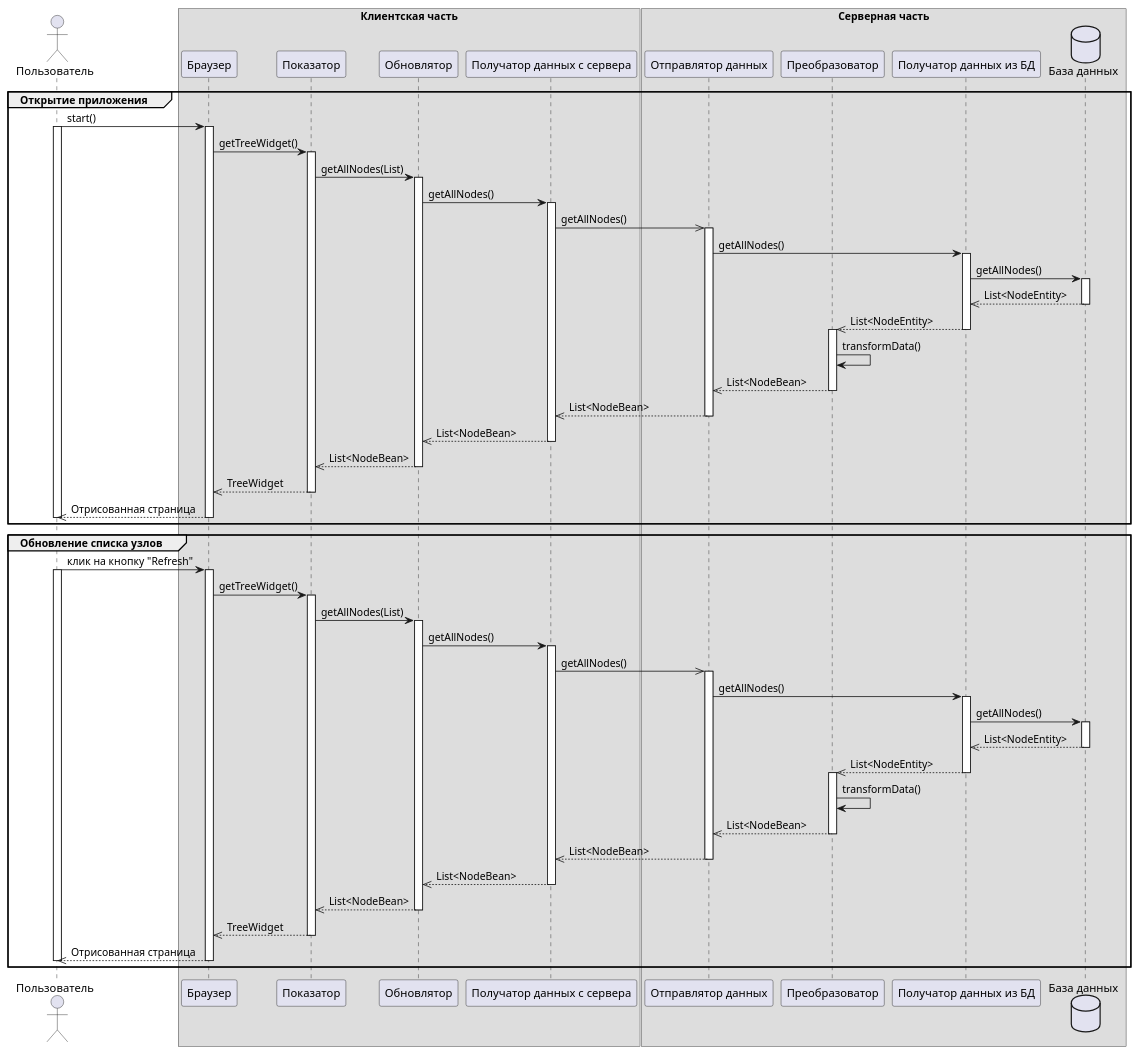
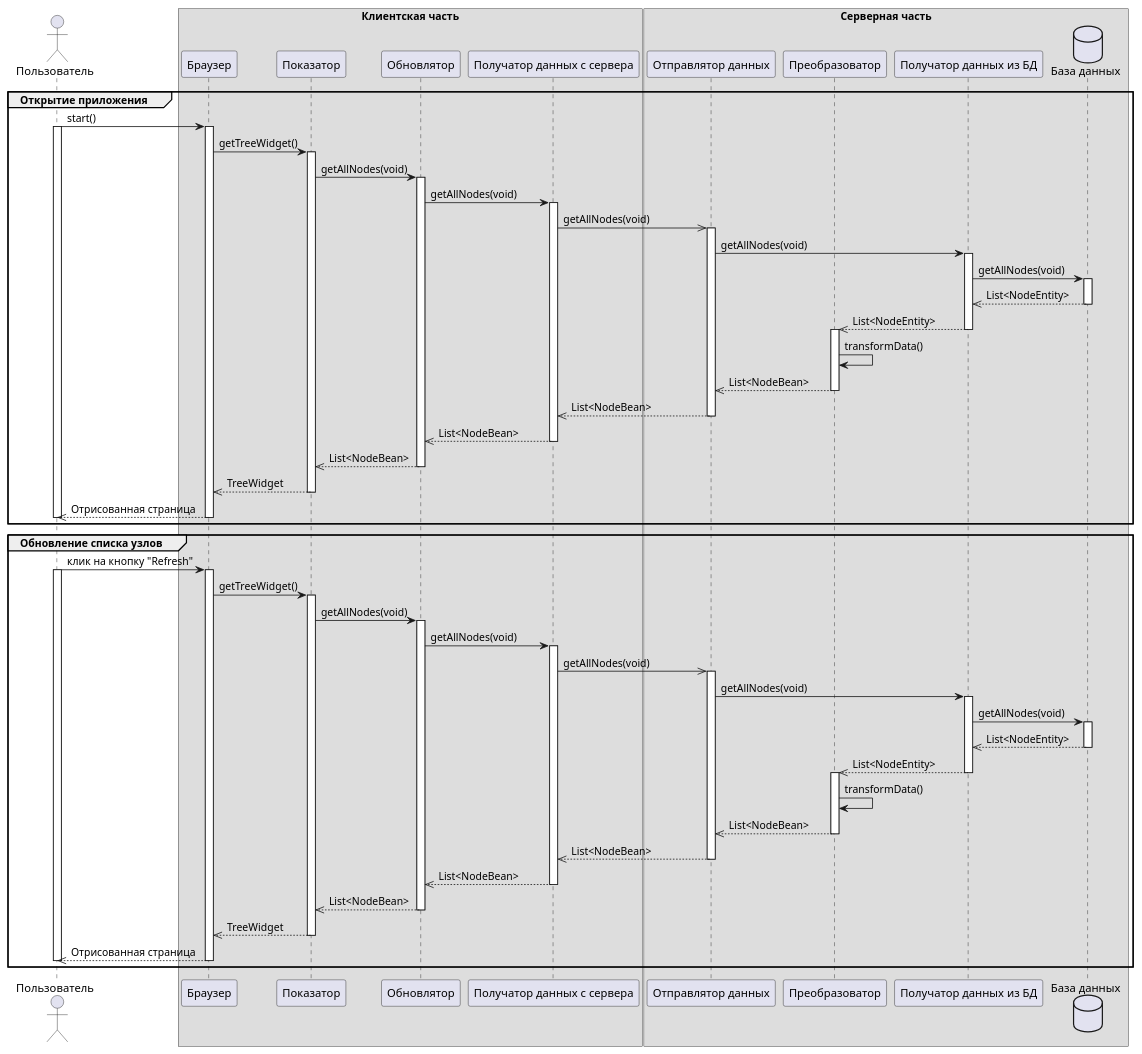
The diagram in docs/Sequence-diagram.puml (dbespa/gwt-tree), drawn with PlantUML before and after one commit. The commit also changed 3 other files, not shown here.

Commit message:
Обновлена диаграмма последовательности

```diff
--- a/docs/Sequence-diagram.puml
+++ b/docs/Sequence-diagram.puml
@@ -1,66 +1,66 @@
 @startuml
 actor "Пользователь" as user
 box "Клиентская часть"
 participant "Браузер" as browser
 participant "Показатор" as viewer
 participant "Обновлятор" as updater
 participant "Получатор данных с сервера" as receiver
 box end
 box "Серверная часть"
 participant "Отправлятор данных" as sender
 participant "Преобразоватор" as converter
 participant "Получатор данных из БД" as receiverDB
 database "База данных" as db
 box end
 
 group Открытие приложения
 
 user -> browser++:start()
 activate user
 browser -> viewer++:getTreeWidget()
-viewer -> updater++:getAllNodes(List)
-updater -> receiver++:getAllNodes()
-receiver ->> sender++:getAllNodes()
-sender -> receiverDB++:getAllNodes()
-receiverDB -> db++:getAllNodes()
+viewer -> updater++:getAllNodes(void)
+updater -> receiver++:getAllNodes(void)
+receiver ->> sender++:getAllNodes(void)
+sender -> receiverDB++:getAllNodes(void)
+receiverDB -> db++:getAllNodes(void)
 
 db -->> receiverDB--:List<NodeEntity>
 receiverDB -->> converter--:List<NodeEntity>
 activate converter
 converter -> converter: transformData()
 converter -->> sender--:List<NodeBean>
 sender -->> receiver--:List<NodeBean>
 receiver -->> updater--:List<NodeBean>
 updater -->> viewer--:List<NodeBean>
 viewer -->> browser--:TreeWidget
 browser -->> user--:Отрисованная страница
 deactivate user
 
 end
 
 group Обновление списка узлов
 
 user -> browser++:клик на кнопку "Refresh"
 activate user
 browser -> viewer++:getTreeWidget()
-viewer -> updater++:getAllNodes(List)
-updater -> receiver++:getAllNodes()
-receiver ->> sender++:getAllNodes()
-sender -> receiverDB++:getAllNodes()
-receiverDB -> db++:getAllNodes()
+viewer -> updater++:getAllNodes(void)
+updater -> receiver++:getAllNodes(void)
+receiver ->> sender++:getAllNodes(void)
+sender -> receiverDB++:getAllNodes(void)
+receiverDB -> db++:getAllNodes(void)
 
 db -->> receiverDB--:List<NodeEntity>
 receiverDB -->> converter--:List<NodeEntity>
 activate converter
 converter -> converter: transformData()
 converter -->> sender--:List<NodeBean>
 sender -->> receiver--:List<NodeBean>
 receiver -->> updater--:List<NodeBean>
 updater -->> viewer--:List<NodeBean>
 viewer -->> browser--:TreeWidget
 browser -->> user--:Отрисованная страница
 deactivate user
 
 end
 
 @enduml
```
